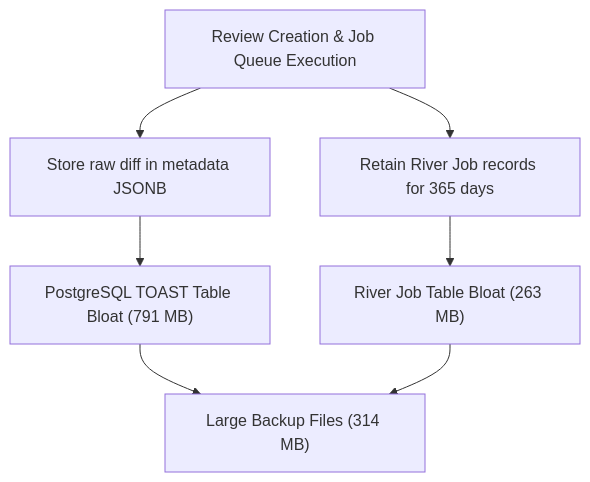
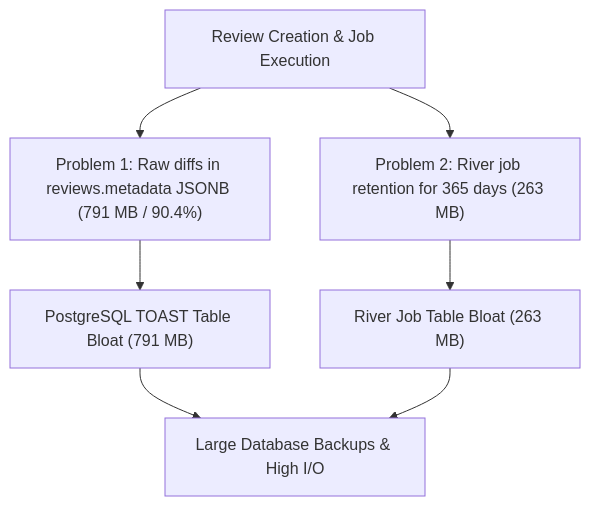
One commit to HexmosTech/LiveReview changed the first of 4 diagrams in docs/architecture/diff_storage_offloading.md. Above: the diagram before and after it, drawn with Mermaid. The commit also changed other lines of this file and 11 other files, not shown here.

````diff
--- a/docs/architecture/diff_storage_offloading.md
+++ b/docs/architecture/diff_storage_offloading.md
@@ -14,9 +13,9 @@
 ```mermaid
 flowchart TD
-    A["Review Creation & Job Queue Execution"] --> B["Store raw diff in metadata JSONB"]
-    A --> C["Retain River Job records for 365 days"]
+    A["Review Creation & Job Execution"] --> B["Problem 1: Raw diffs in reviews.metadata JSONB (791 MB / 90.4%)"]
+    A --> C["Problem 2: River job retention for 365 days (263 MB)"]
     B --> D["PostgreSQL TOAST Table Bloat (791 MB)"]
     C --> E["River Job Table Bloat (263 MB)"]
-    D --> F["Large Backup Files (314 MB)"]
+    D --> F["Large Database Backups & High I/O"]
     E --> F
 ```
````
